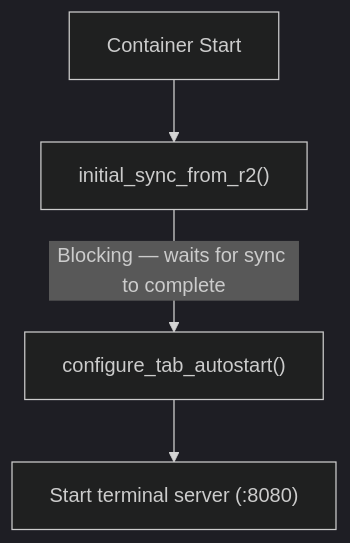
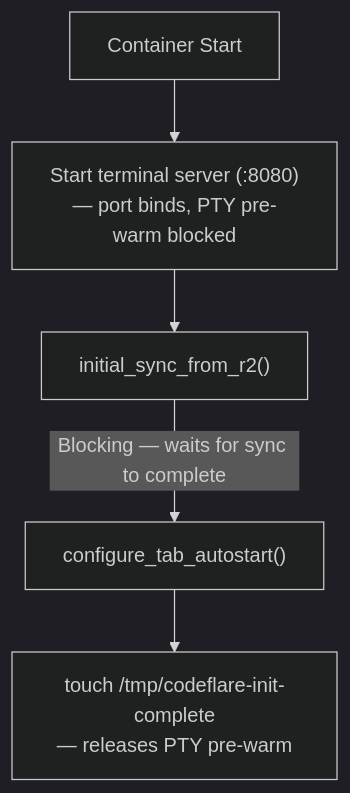
Before and after one commit to sawyelin1011/codeflare: the diagram in documentation/container.md, drawn with Mermaid (dark theme). The commit also changed other lines of this file and 10 other files, not shown here.

First line of the commit message:
fix(container): bind port 8080 before R2 sync to avoid cold-start crash (#364)

````diff
--- a/documentation/container.md
+++ b/documentation/container.md
@@ -63,6 +65,7 @@
 ```mermaid
 flowchart TD
-    A[Container Start] --> B["initial_sync_from_r2()"]
-    B -->|"Blocking — waits for sync to complete"| C["configure_tab_autostart()"]
-    C --> D["Start terminal server (:8080)"]
+    A[Container Start] --> B["Start terminal server (:8080)\n— port binds, PTY pre-warm blocked"]
+    B --> C["initial_sync_from_r2()"]
+    C -->|"Blocking — waits for sync to complete"| D["configure_tab_autostart()"]
+    D --> E["touch /tmp/codeflare-init-complete\n— releases PTY pre-warm"]
 ```
````
